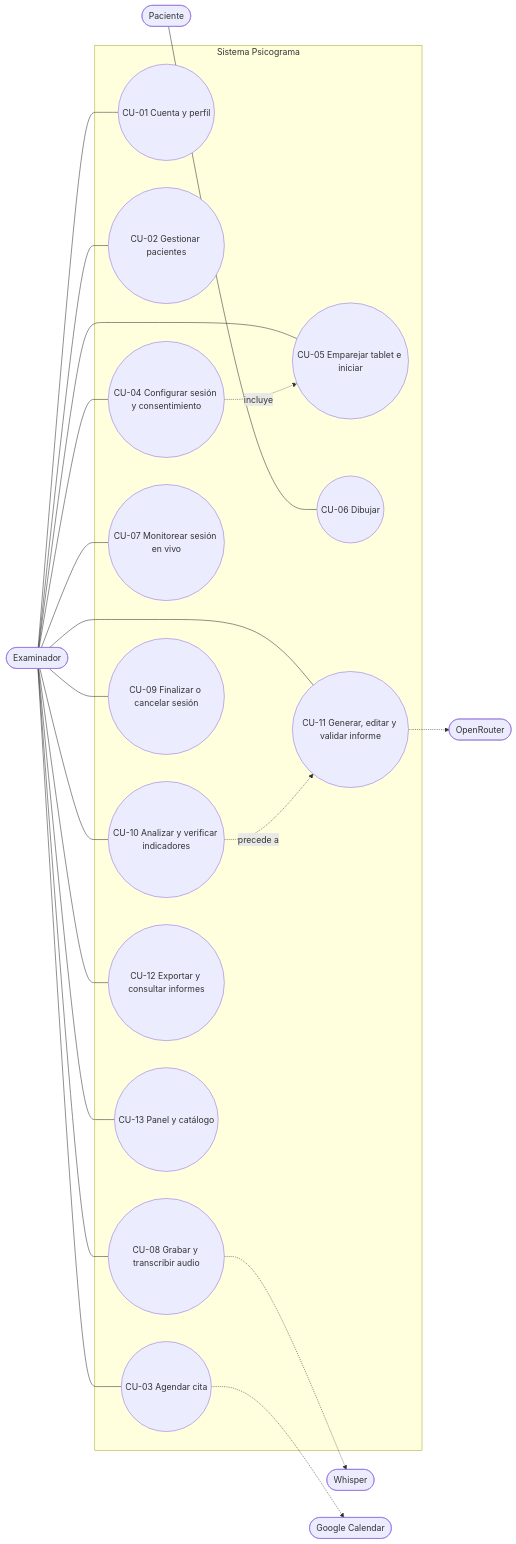
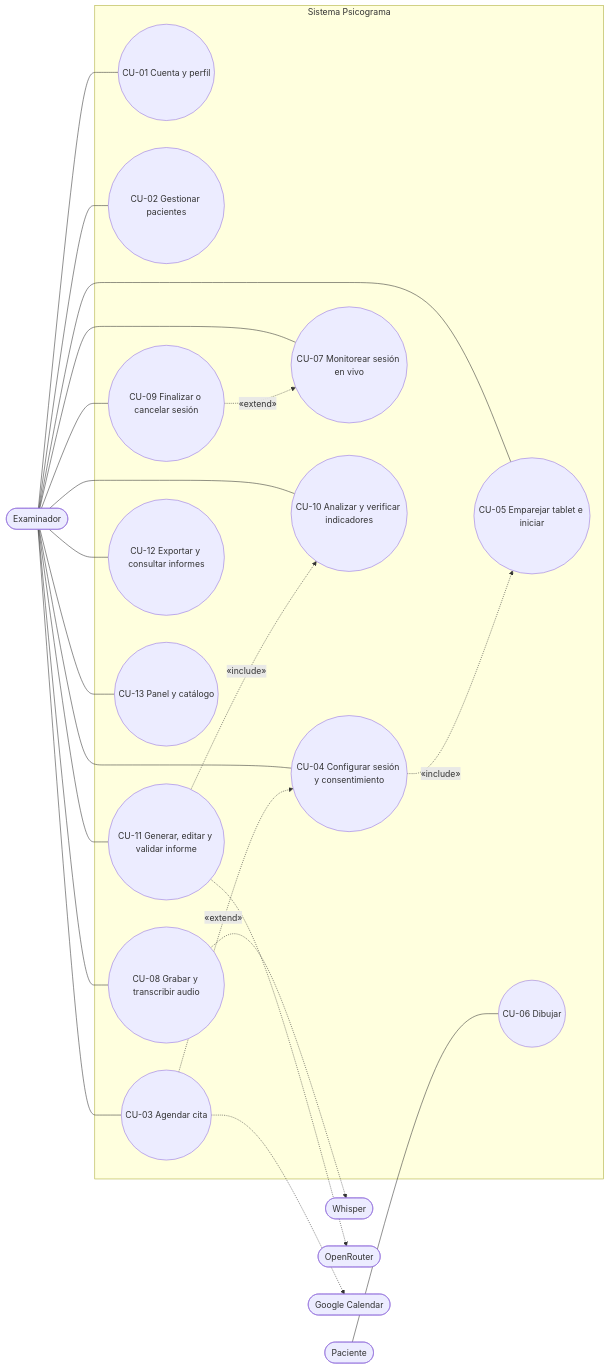
Before and after one commit to JoaquinStudent/integrador-psico: the first of 8 diagrams in entregas/avance-3/informe/03-capitulo-3-desarrollo-solucion.md, drawn with Mermaid. The commit also changed other lines of this file and 7 other files, not shown here.

Commit message:
Entregas: revision de consistencia (cifras, secciones del catalogo, diagramas, cobertura de RF y referencias)

````diff
--- a/entregas/avance-3/informe/03-capitulo-3-desarrollo-solucion.md
+++ b/entregas/avance-3/informe/03-capitulo-3-desarrollo-solucion.md
@@ -138,32 +140,34 @@
 ```mermaid
 flowchart LR
   EX([Examinador])
   PA([Paciente])
   WH([Whisper])
   LL([OpenRouter])
   GC([Google Calendar])
 
   subgraph SIS[Sistema Psicograma]
     CU01((CU-01 Cuenta y perfil))
     CU02((CU-02 Gestionar pacientes))
     CU03((CU-03 Agendar cita))
     CU04((CU-04 Configurar sesión y consentimiento))
     CU05((CU-05 Emparejar tablet e iniciar))
     CU06((CU-06 Dibujar))
     CU07((CU-07 Monitorear sesión en vivo))
     CU08((CU-08 Grabar y transcribir audio))
     CU09((CU-09 Finalizar o cancelar sesión))
     CU10((CU-10 Analizar y verificar indicadores))
     CU11((CU-11 Generar, editar y validar informe))
     CU12((CU-12 Exportar y consultar informes))
     CU13((CU-13 Panel y catálogo))
   end
 
   EX --- CU01 & CU02 & CU03 & CU04 & CU05 & CU07 & CU08 & CU09 & CU10 & CU11 & CU12 & CU13
   PA --- CU06
   CU03 -.-> GC
   CU08 -.-> WH
   CU11 -.-> LL
-  CU04 -. incluye .-> CU05
-  CU10 -. precede a .-> CU11
+  CU04 -. «include» .-> CU05
+  CU11 -. «include» .-> CU10
+  CU03 -. «extend» .-> CU04
+  CU09 -. «extend» .-> CU07
 ```
````
